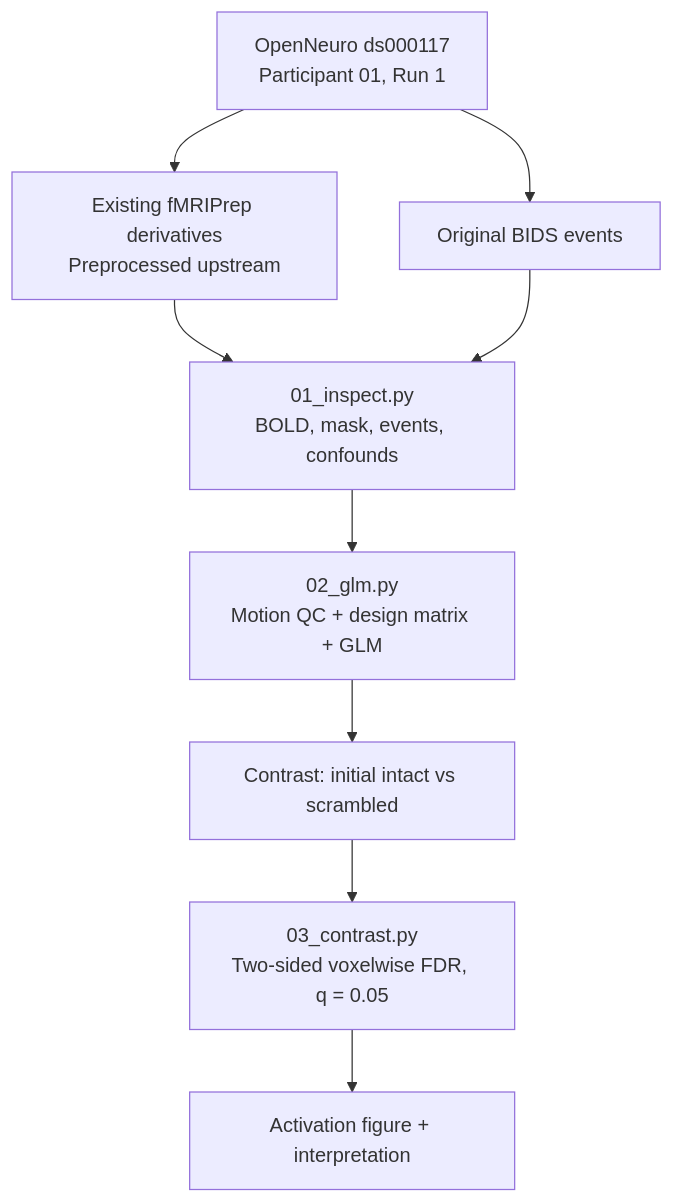
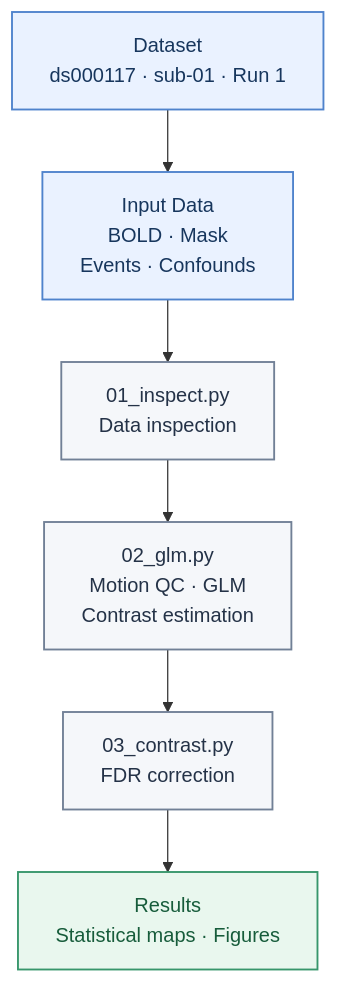
Before and after one commit to jobayercn2/fmri-face-processing-glm: the diagram in README.md, drawn with Mermaid. The commit also changed other lines of this file, not shown here.

Commit message:
Update visual workflow diagram in README

````diff
--- a/README.md
+++ b/README.md
@@ -35,11 +36,19 @@
 ```mermaid
 flowchart TD
-    A["OpenNeuro ds000117<br/>Participant 01, Run 1"] --> B["Existing fMRIPrep derivatives<br/>Preprocessed upstream"]
-    A --> C["Original BIDS events"]
-    B --> D["01_inspect.py<br/>BOLD, mask, events, confounds"]
-    C --> D
-    D --> E["02_glm.py<br/>Motion QC + design matrix + GLM"]
-    E --> F["Contrast: initial intact vs scrambled"]
-    F --> G["03_contrast.py<br/>Two-sided voxelwise FDR, q = 0.05"]
-    G --> H["Activation figure + interpretation"]
+    A["Dataset<br/>ds000117 · sub-01 · Run 1"]
+    B["Input Data<br/>BOLD · Mask<br/>Events · Confounds"]
+    C["01_inspect.py<br/>Data inspection"]
+    D["02_glm.py<br/>Motion QC · GLM<br/>Contrast estimation"]
+    E["03_contrast.py<br/>FDR correction"]
+    F["Results<br/>Statistical maps · Figures"]
+
+    A --> B --> C --> D --> E --> F
+
+    classDef input fill:#EAF2FF,stroke:#4F83CC,color:#17365D,stroke-width:1.5px;
+    classDef process fill:#F5F7FA,stroke:#718096,color:#243247,stroke-width:1.5px;
+    classDef output fill:#E9F7EE,stroke:#37966B,color:#175C3B,stroke-width:1.5px;
+
+    class A,B input;
+    class C,D,E process;
+    class F output;
 ```
````
